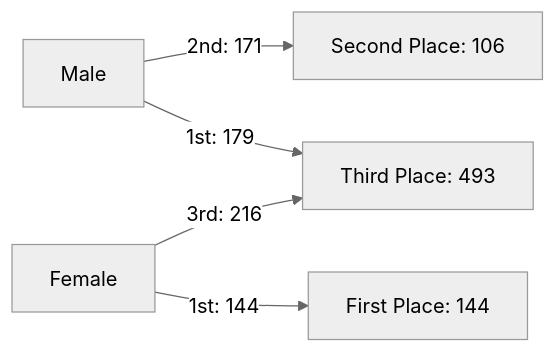
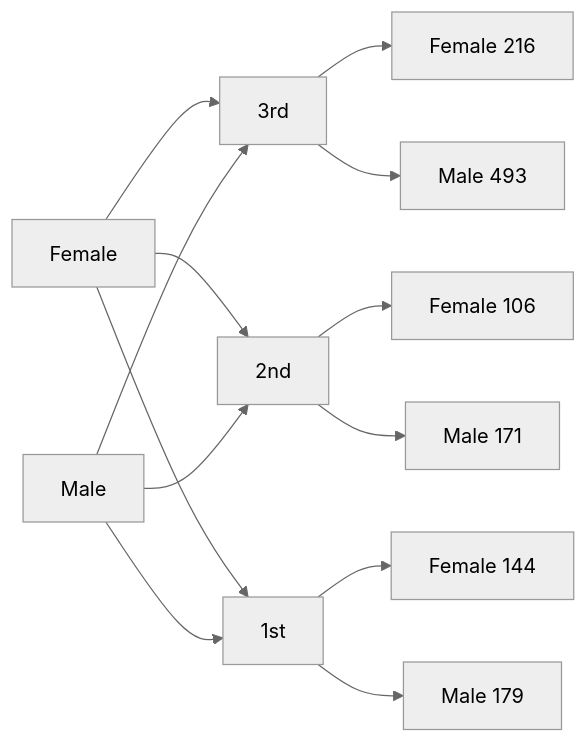
Before and after one commit to antononcube/Raku-LLM-Functions: the third of 8 diagrams in docs/Workflows-with-LLM-functions_woven.md, drawn with Mermaid (neutral theme). The commit also changed other lines of this file and 1 other file, not shown here.

````diff
--- a/docs/Workflows-with-LLM-functions_woven.md
+++ b/docs/Workflows-with-LLM-functions_woven.md
@@ -523,7 +542,16 @@
 ```mermaid
 graph LR
-Male["Male"]-->|"1st: 179"|ThirdPlace["Third Place: 493"]
-Male-->|"2nd: 171"|SecondPlace["Second Place: 106"]
-Female["Female"]-->|"1st: 144"|FirstPlace["First Place: 144"]
-Female-->|"3rd: 216"|ThirdPlace
+    female["Female"] --> third["3rd"]
+    female["Female"] --> second["2nd"]
+    female["Female"] --> first["1st"]
+    male["Male"] --> third["3rd"]
+    male["Male"] --> second["2nd"]
+    male["Male"] --> first["1st"]
+
+    third["3rd"] --> f216[Female 216]
+    second["2nd"] --> f106[Female 106]
+    first["1st"] --> f144[Female 144]
+    third["3rd"] --> m493[Male 493]
+    second["2nd"] --> m171[Male 171]
+    first["1st"] --> m179[Male 179]
 ```
````
